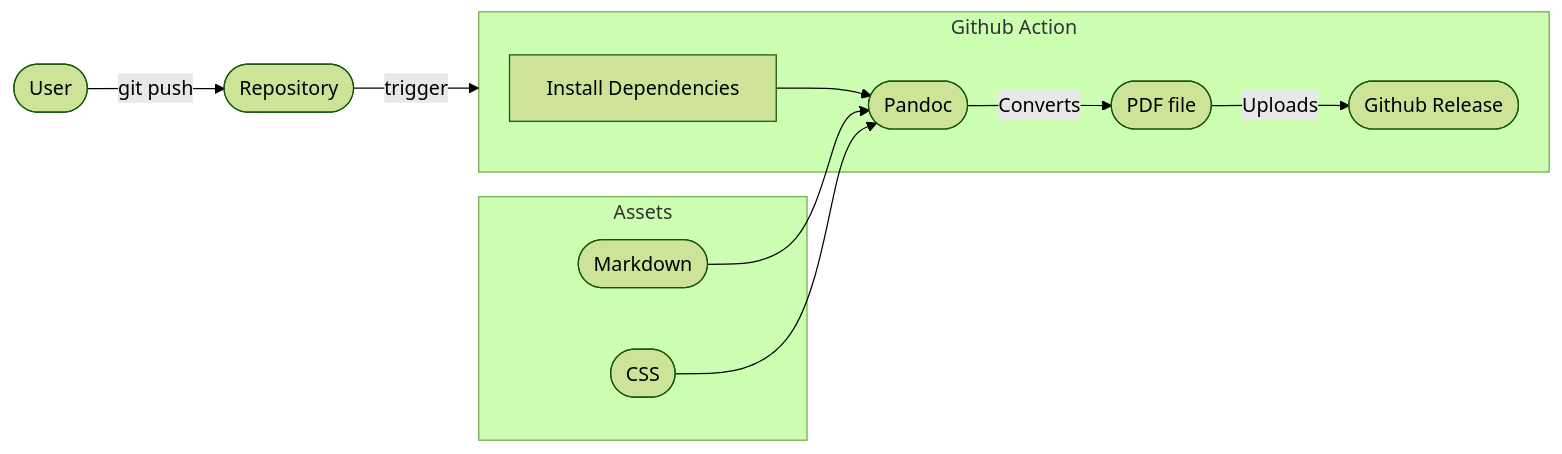
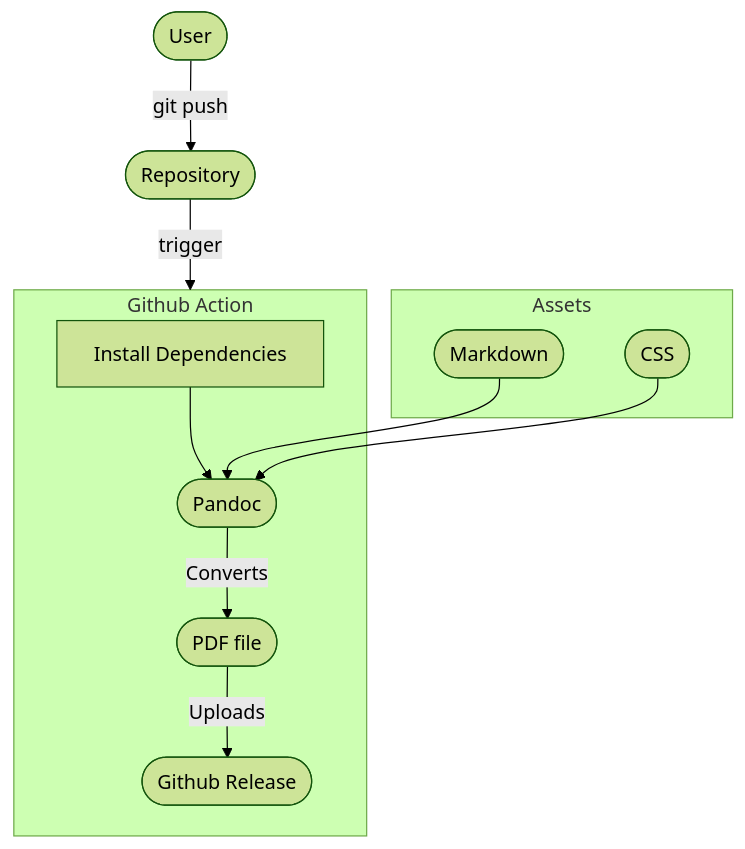
The diagram in content/blog/cicd-your-resume/index.md (ShaharNaveh/ShaharNaveh.github.io), drawn with Mermaid (forest theme) before and after one commit.

````diff
--- a/content/blog/cicd-your-resume/index.md
+++ b/content/blog/cicd-your-resume/index.md
@@ -17,23 +17,23 @@
 ```mermaid
-flowchart LR
+flowchart TD
   user([User])
   repository([Repository])
   action([Github Action])
   dependencies["Install Dependencies"]
   pandoc([Pandoc])
   markdown([Markdown])
   css([CSS])
   pdf([PDF file])
   release([Github Release])
   user-- git push -->repository
   repository-- trigger -->action
   subgraph action [Github Action]
     dependencies --> pandoc
     pandoc-- Converts -->pdf
     pdf-- Uploads -->release
   end
 
   subgraph assets [Assets]
     markdown & css --> pandoc
   end
 ```
````
